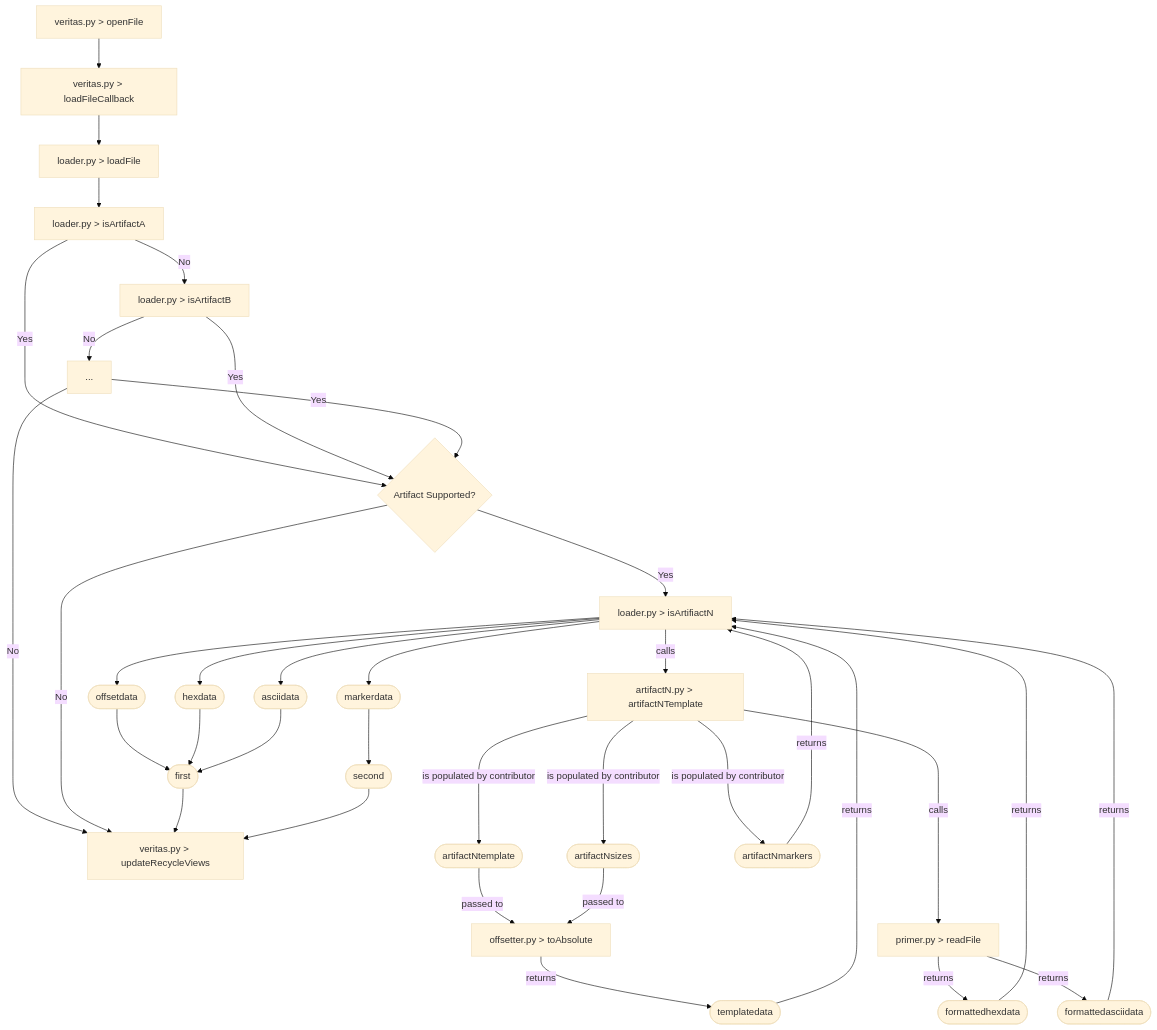
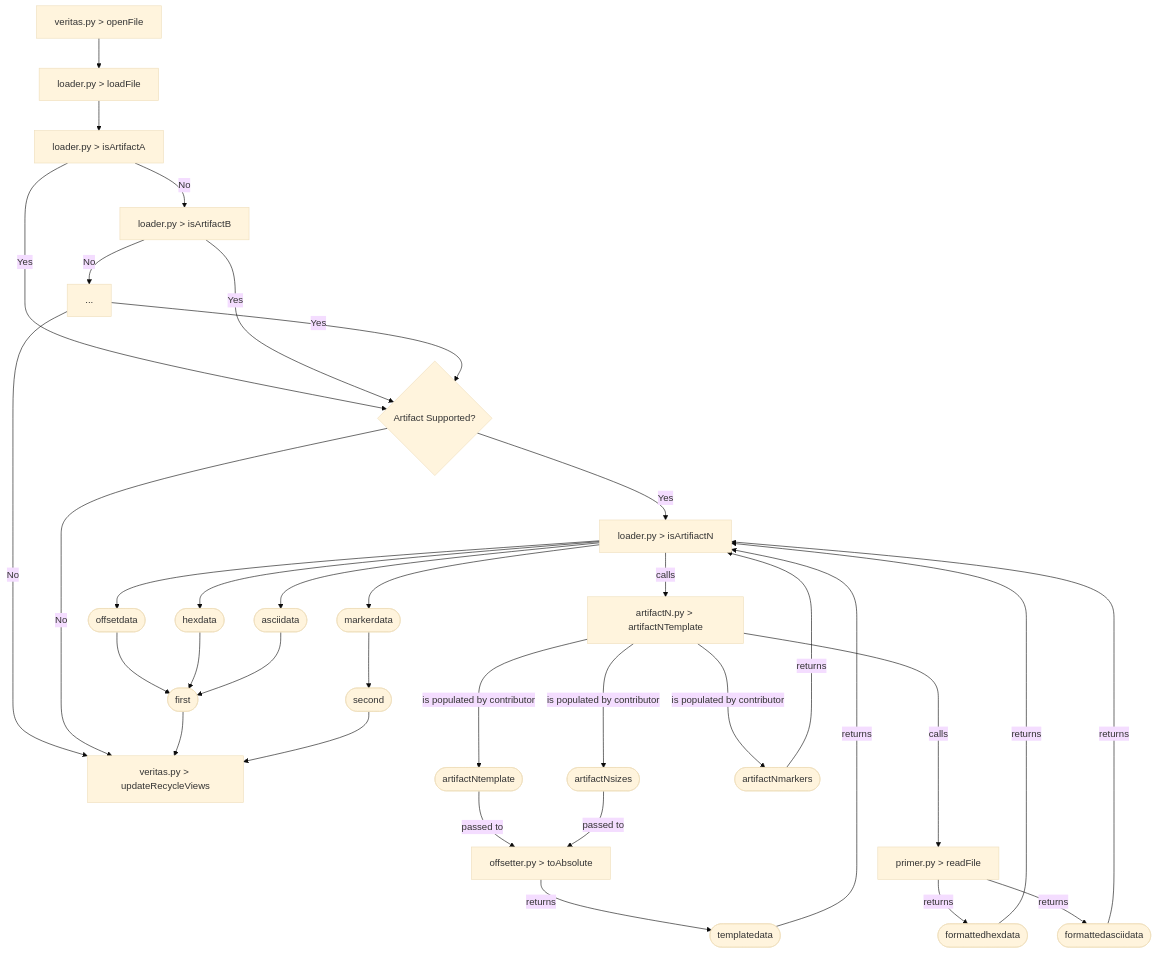
The diagram in docs/Flow/index.md (nisargsuthar/VeritasDocs), drawn with Mermaid (base theme) before and after one commit.

Commit message:
Update Diagram

````diff
--- a/docs/Flow/index.md
+++ b/docs/Flow/index.md
@@ -8,45 +8,44 @@
 ``` mermaid
 graph TD
-of[veritas.py > openFile] --> lfcb[veritas.py > loadFileCallback];
+of[veritas.py > openFile] --> lf[loader.py > loadFile];
 
-lfcb[veritas.py > loadFileCallback] --> lf[loader.py > loadFile];
 lf[loader.py > loadFile] --> aa[loader.py > isArtifactA];
 aa[loader.py > isArtifactA] -->|No| ab[loader.py > isArtifactB];
 aa[loader.py > isArtifactA] -->|Yes| as{Artifact Supported?};
 ab[loader.py > isArtifactB] -->|Yes| as{Artifact Supported?};
 ab[loader.py > isArtifactB] -->|No| others[...];
 
 others[...] -->|No| urv[veritas.py > updateRecycleViews];
 others[...] -->|Yes| as{Artifact Supported?};
 as{Artifact Supported?} -->|No| urv[veritas.py > updateRecycleViews];
 as{Artifact Supported?} -->|Yes| an[loader.py > isArtifiactN];
 an[loader.py > isArtifiactN] -->|calls| ant[artifactN.py > artifactNTemplate];
 
 ant[artifactN.py > artifactNTemplate] ---> |is populated by contributor| template([artifactNtemplate]);
 ant[artifactN.py > artifactNTemplate] ---> |is populated by contributor| size([artifactNsizes]);
 ant[artifactN.py > artifactNTemplate] ---> |is populated by contributor| markers([artifactNmarkers]);
 
 template([artifactNtemplate]) --> |passed to| abs[offsetter.py > toAbsolute];
 size([artifactNsizes]) --> |passed to| abs[offsetter.py > toAbsolute];
 abs[offsetter.py > toAbsolute] --> |returns| tdata([templatedata]);
 tdata([templatedata]) --> |returns| an[loader.py > isArtifiactN];
 markers([artifactNmarkers]) --> |returns| an[loader.py > isArtifiactN];
 
 ant[artifactN.py > artifactNTemplate] ----> |calls| rf[primer.py > readFile];
 rf[primer.py > readFile] --> |returns| fhd([formattedhexdata]);
 rf[primer.py > readFile] --> |returns| fad([formattedasciidata]);
 
 fhd([formattedhexdata]) --> |returns| an[loader.py > isArtifiactN];
 fad([formattedasciidata]) --> |returns| an[loader.py > isArtifiactN];
 
 an[loader.py > isArtifiactN] --> od([offsetdata]);
 an[loader.py > isArtifiactN] --> hd([hexdata]);
 an[loader.py > isArtifiactN] --> ad([asciidata]);
 an[loader.py > isArtifiactN] --> md([markerdata]);
 od([offsetdata]) --> f([first]);
 hd([hexdata]) --> f([first]);
 ad([asciidata]) --> f([first]);
 md([markerdata]) --> s([second]);
 f([first]) --> urv[veritas.py > updateRecycleViews];
 s([second]) --> urv[veritas.py > updateRecycleViews];
 ```
````
